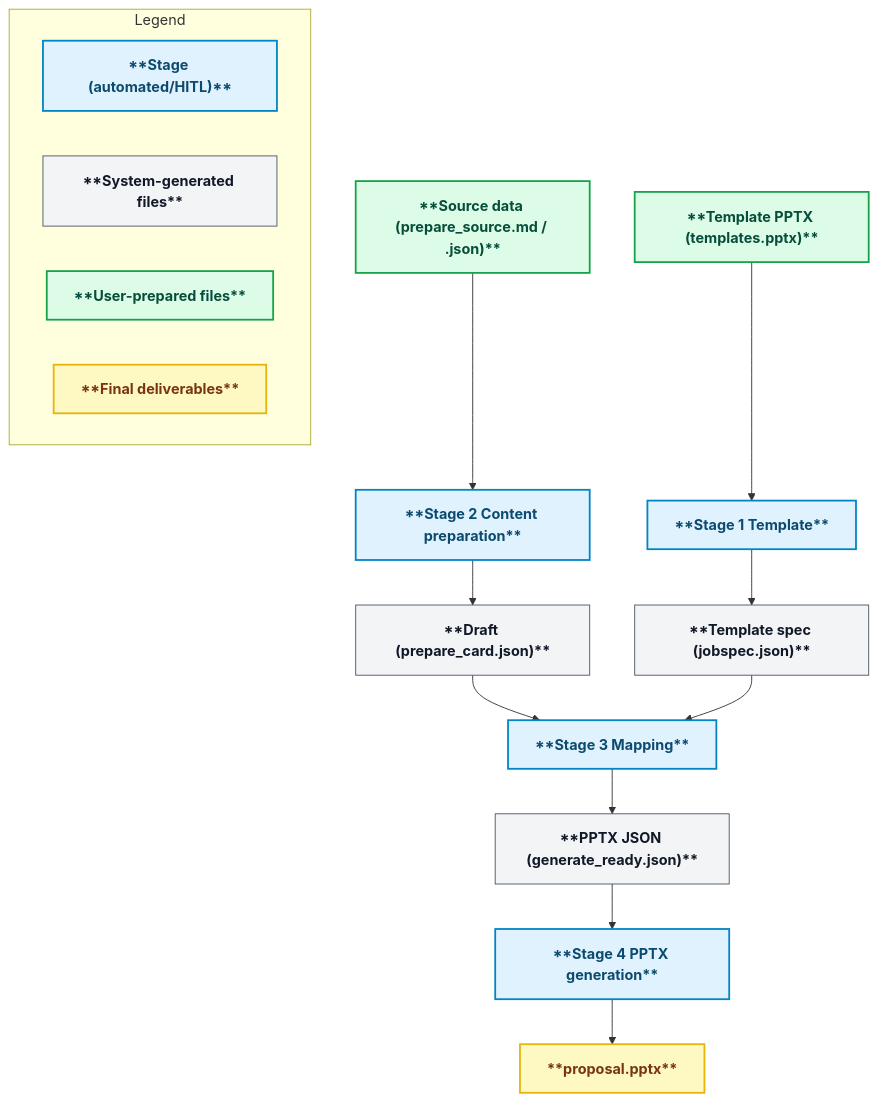
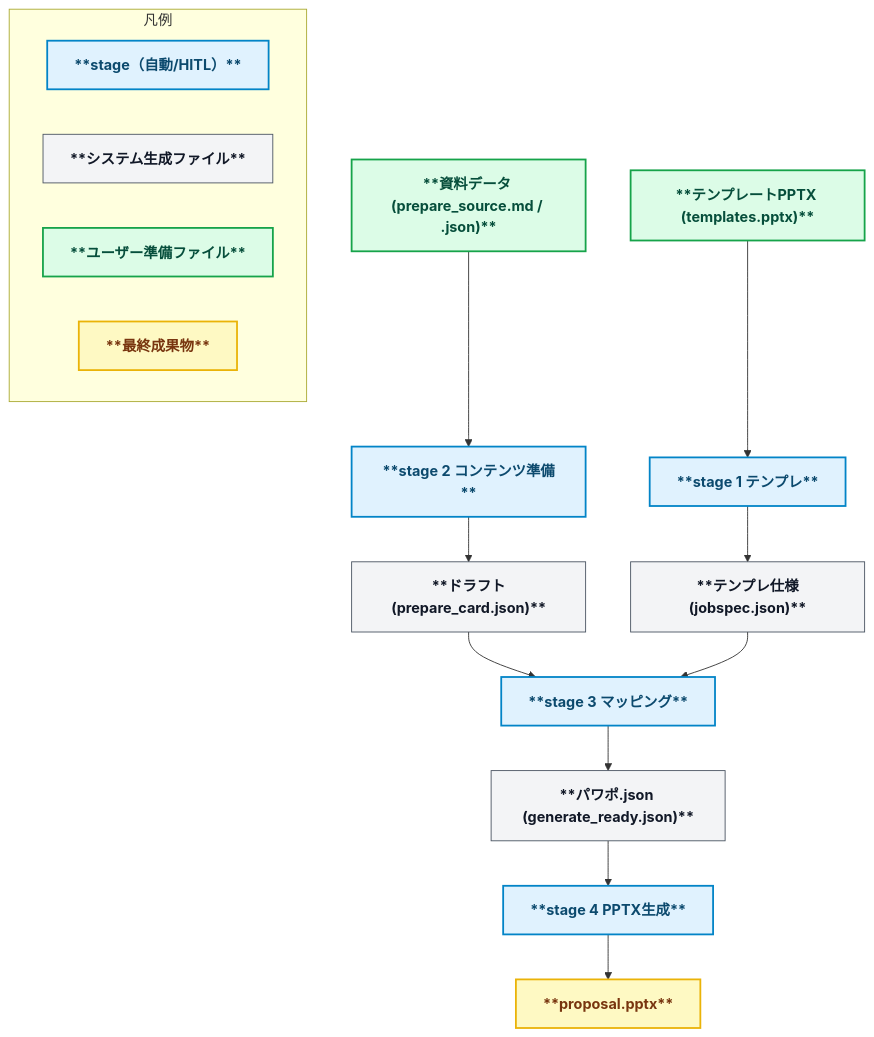
The first of 2 diagrams in README.en.md (yurake/pptx_generator), drawn with Mermaid before and after one commit. The commit also changed other lines of this file and 13 other files, not shown here.

````diff
--- a/README.en.md
+++ b/README.en.md
@@ -55,35 +55,35 @@
 ```mermaid
 flowchart TD
   %% ======= Styles =======
   classDef stage fill:#e0f2fe,stroke:#0284c7,stroke-width:2px,color:#0c4a6e,font-weight:bold;
   classDef file fill:#f3f4f6,stroke:#4b5563,stroke-width:1px,color:#111827,font-weight:bold;
   classDef userfile fill:#dcfce7,stroke:#16a34a,stroke-width:2px,color:#064e3b,font-weight:bold;
   classDef final fill:#fef9c3,stroke:#eab308,stroke-width:2px,color:#78350f,font-weight:bold;
 
   %% ======= Stage 1 =======
-  Tmpl["**Template PPTX (templates.pptx)**"]:::userfile --> S1["**Stage 1 Template**"]:::stage
-  S1 --> Jobspec["**Template spec (jobspec.json)**"]:::file
+  Tmpl["**テンプレートPPTX (templates.pptx)**"]:::userfile --> S1["**stage 1 テンプレ**"]:::stage
+  S1 --> Jobspec["**テンプレ仕様(jobspec.json)**"]:::file
 
   %% ======= Stage 2 =======
-  Prepare["**Source data (prepare_source.md / .json)**"]:::userfile --> S2["**Stage 2 Content preparation**"]:::stage
-  S2 --> PrepareCards["**Draft (prepare_card.json)**"]:::file
+  Prepare["**資料データ (prepare_source.md / .json)**"]:::userfile --> S2["**stage 2 コンテンツ準備**"]:::stage
+  S2 --> PrepareCards["**ドラフト(prepare_card.json)**"]:::file
   PrepareCards --> S3
 
   %% ======= Stage 3 =======
-  S3["**Stage 3 Mapping**"]:::stage
+  S3["**stage 3 マッピング**"]:::stage
   Jobspec --> S3
-  S3 --> Ready["**PPTX JSON (generate_ready.json)**"]:::file
+  S3 --> Ready["**パワポ.json (generate_ready.json)**"]:::file
 
   %% ======= Stage 4 =======
-  Ready --> S4["**Stage 4 PPTX generation**"]:::stage
+  Ready --> S4["**stage 4 PPTX生成**"]:::stage
   S4 --> PPTX["**proposal.pptx**"]:::final
 
   %% ======= Legend =======
-  subgraph Legend[Legend]
+  subgraph Legend[凡例]
     direction LR
-    A1["**Stage (automated/HITL)**"]:::stage
-    A2["**System-generated files**"]:::file
-    A3["**User-prepared files**"]:::userfile
-    A4["**Final deliverables**"]:::final
+    A1["**stage（自動/HITL）**"]:::stage
+    A2["**システム生成ファイル**"]:::file
+    A3["**ユーザー準備ファイル**"]:::userfile
+    A4["**最終成果物**"]:::final
   end
 ```
````
